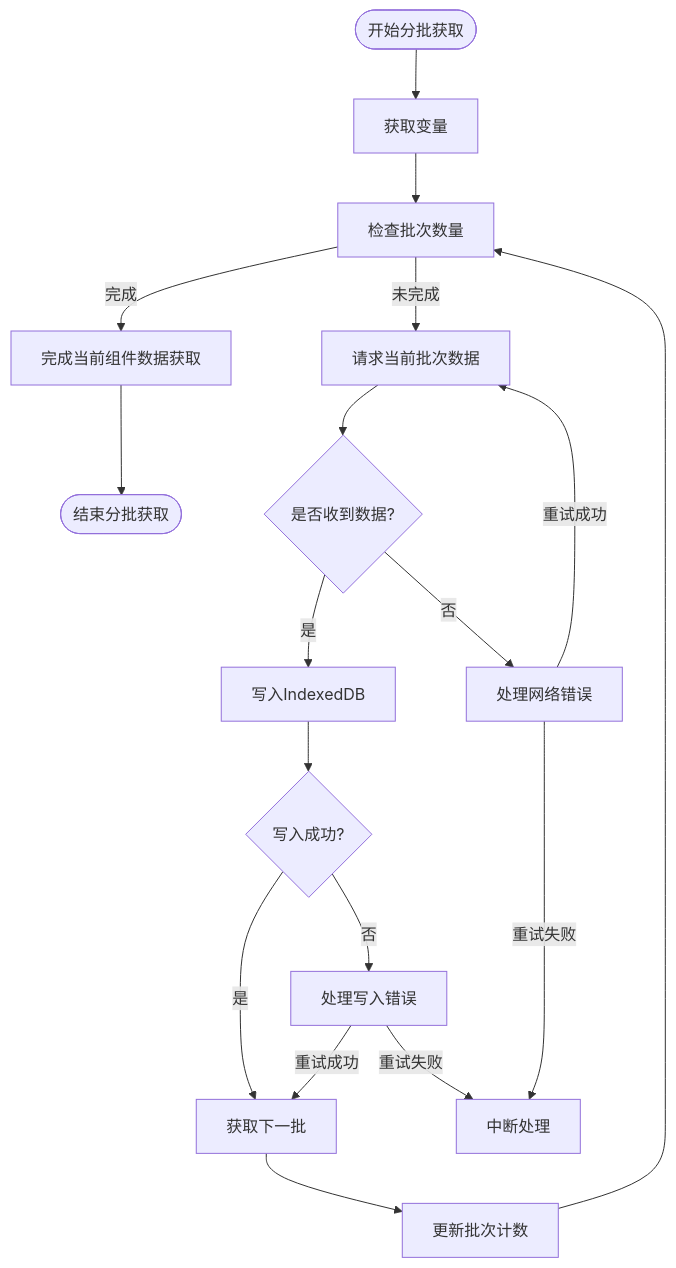
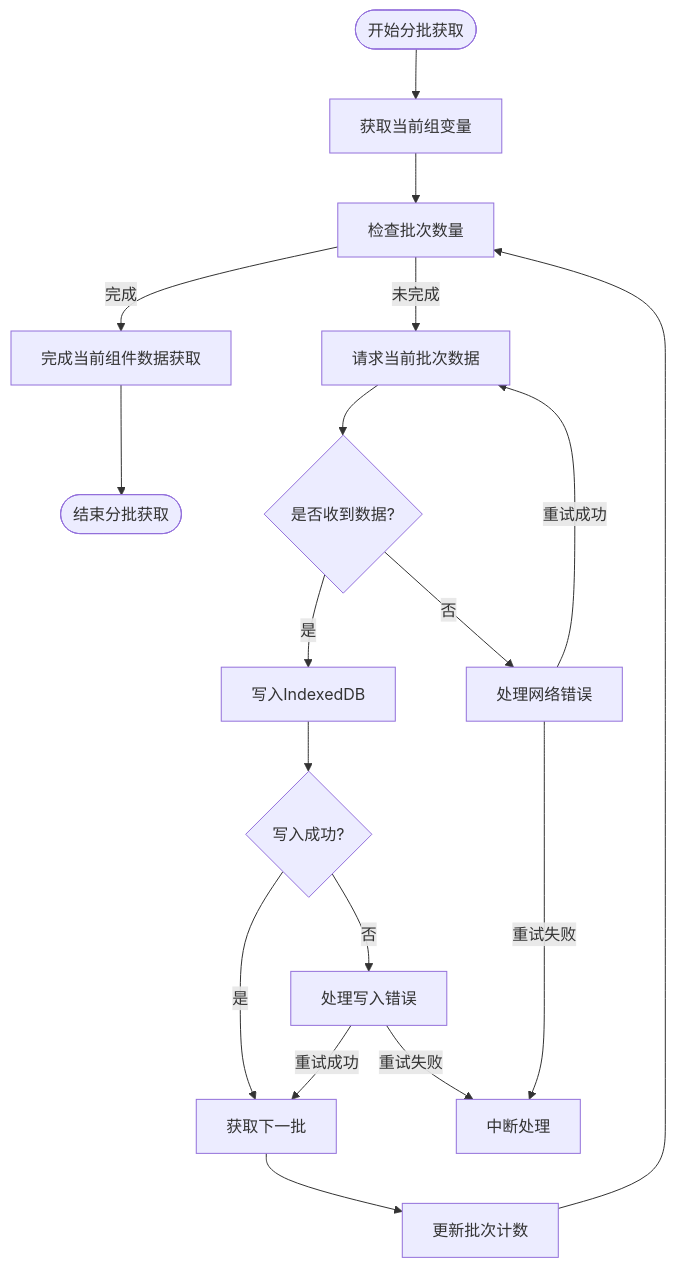
The diagram in all/未命名-51.md (yingjianzh/iodraw-files), drawn with Mermaid before and after one commit.

Commit message:
2025-05-08 11:10:41 update

````diff
--- a/all/未命名-51.md
+++ b/all/未命名-51.md
@@ -1,27 +1,27 @@
 ```mermaid
 flowchart TD
-    StartBatch([开始分批获取]) --> InitializeBatch[获取变量]
+    StartBatch([开始分批获取]) --> InitializeBatch[获取当前组变量]
     InitializeBatch --> CheckBatchSize[检查批次数量]
     
     CheckBatchSize -->|完成| BatchComplete[完成当前组件数据获取]
     
     CheckBatchSize -->|未完成| RequestBatch[请求当前批次数据]
     RequestBatch --> ReceiveBatch{是否收到数据?}
     
     ReceiveBatch -->|是| WriteToDB[写入IndexedDB]
     
     WriteToDB --> BatchSuccess{写入成功?}
     BatchSuccess -->|是| NextBatch[获取下一批]
     BatchSuccess -->|否| HandleError[处理写入错误]
     HandleError -->|重试成功| NextBatch
     HandleError -->|重试失败| AbortProcess[中断处理]
     
     ReceiveBatch -->|否| HandleNetworkError[处理网络错误]
     HandleNetworkError -->|重试成功| RequestBatch
     HandleNetworkError -->|重试失败| AbortProcess
     
     NextBatch --> IncrementBatch[更新批次计数]
     IncrementBatch --> CheckBatchSize
     
     BatchComplete --> EndBatch([结束分批获取])
 ```
````
